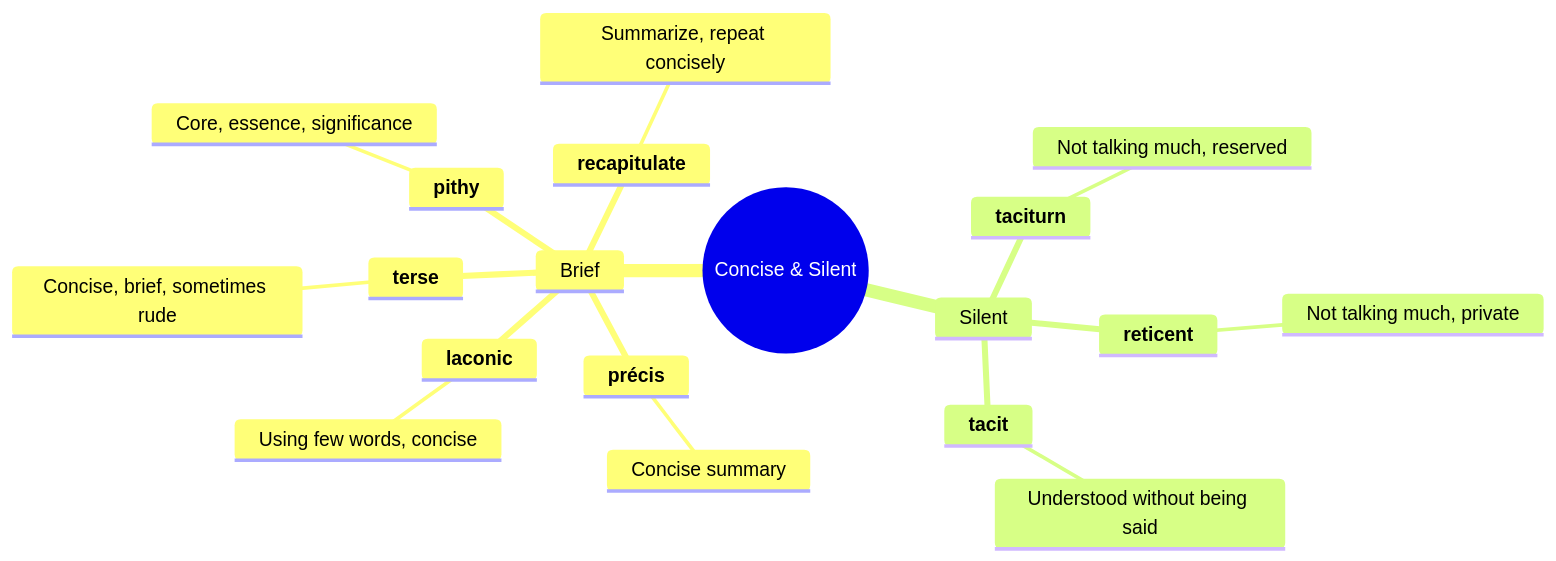
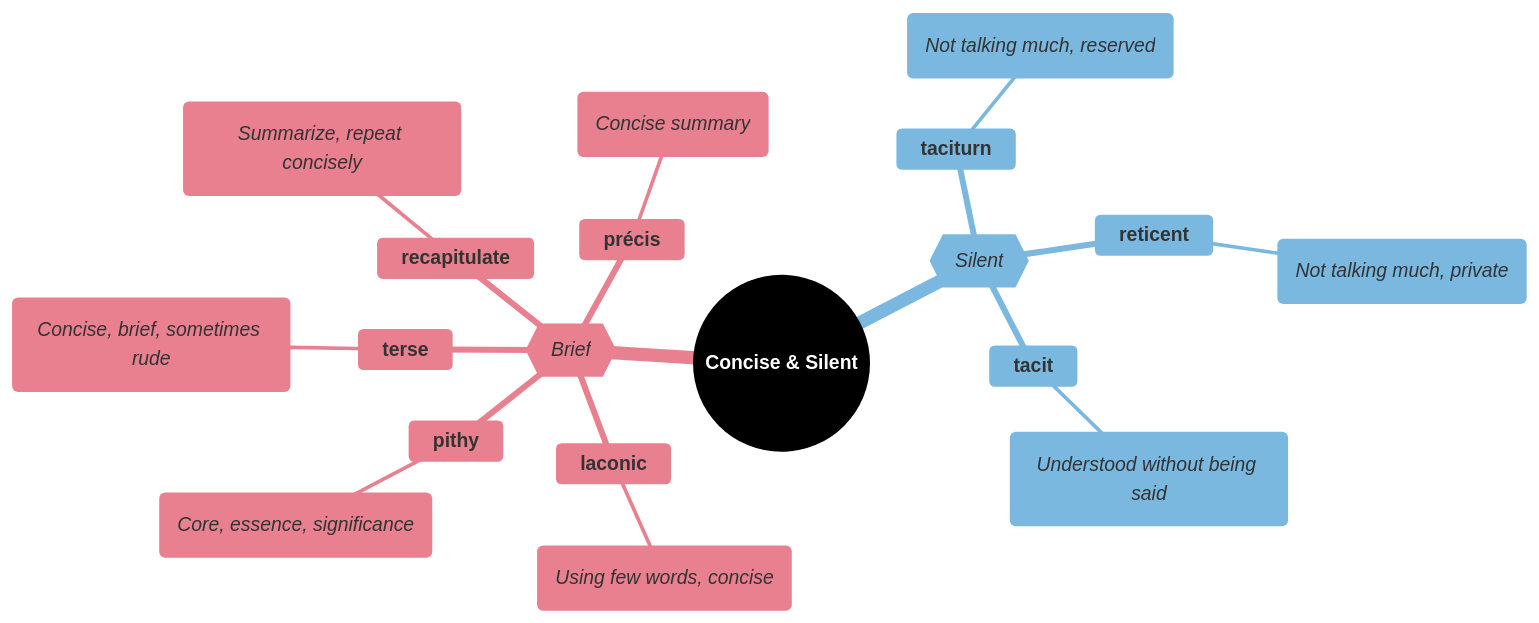
The third of 7 diagrams in mindmaps/10-speech-and-communication.md (95anantsingh/gre-preparation), drawn with Mermaid before and after one commit. The commit also changed other lines of this file and 14 other files, not shown here.

````diff
--- a/mindmaps/10-speech-and-communication.md
+++ b/mindmaps/10-speech-and-communication.md
@@ -119,22 +169,41 @@
 ```mermaid
+%%{
+  init: {
+    "theme": "base",
+    "themeVariables": {
+      "primaryColor": "#000000",
+      "cScale1": "#e8808f",  "cScaleInv1": "#a33445",
+      "cScale2": "#7bb8e0",  "cScaleInv2": "#266a93",
+      "cScale3": "#6db993",  "cScaleInv3": "#23543f",
+      "cScale4": "#f5d07a",  "cScaleInv4": "#c4903b",
+      "cScale5": "#b08fcc",  "cScaleInv5": "#5d3b75",
+      "cScale6": "#f09570",  "cScaleInv6": "#b84112",
+      "cScale7": "#74dace",  "cScaleInv7": "#217d72",
+      "cScale8": "#8ea8c2",  "cScaleInv8": "#32465e",
+      "cScale9": "#cc7fba",  "cScaleInv9": "#7d2868",
+      "cScale10": "#c99a78", "cScaleInv10": "#7c4e32",
+      "cScale11": "#a3a3a3", "cScaleInv11": "#3d3d3d"
+    }
+  }
+}%%
 mindmap
-  root((Concise & Silent))
-    Brief
+  root((<font color=white>**Concise & Silent**</font>))
+    {{_Brief_}}
       **laconic**
-        Using few words, concise
+        (_Using few words, concise_)
       **terse**
-        Concise, brief, sometimes rude
+        (_Concise, brief, sometimes rude_)
       **pithy**
-        Core, essence, significance
+        (_Core, essence, significance_)
       **précis**
-        Concise summary
+        (_Concise summary_)
       **recapitulate**
-        Summarize, repeat concisely
-    Silent
+        (_Summarize, repeat concisely_)
+    {{_Silent_}}
       **taciturn**
-        Not talking much, reserved
+        (_Not talking much, reserved_)
       **reticent**
-        Not talking much, private
+        (_Not talking much, private_)
       **tacit**
-        Understood without being said
+        (_Understood without being said_)
 ```
````
